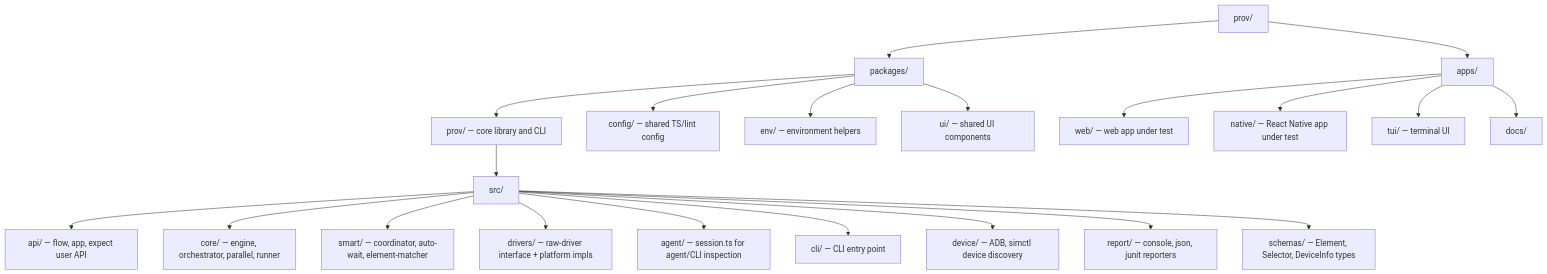
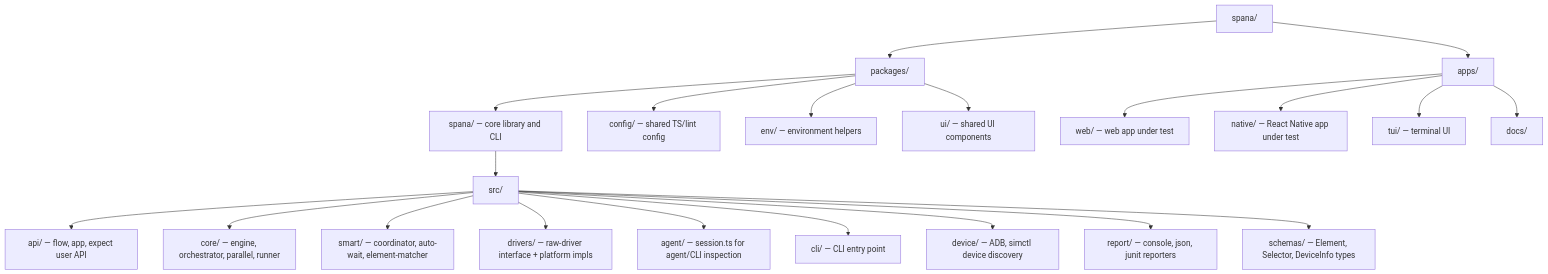
One commit to wezter96/prov changed the sixth of 6 diagrams in apps/docs/src/content/docs/architecture/overview.md. Above: the diagram before and after it, drawn with Mermaid. The commit also changed other lines of this file and 147 other files, not shown here.

First line of the commit message:
rename project from prov to spana

````diff
--- a/apps/docs/src/content/docs/architecture/overview.md
+++ b/apps/docs/src/content/docs/architecture/overview.md
@@ -161,28 +161,28 @@
 ```mermaid
 graph TD
-    Root[prov/]
+    Root[spana/]
 
     Root --> Packages[packages/]
     Root --> Apps[apps/]
 
-    Packages --> PProvPkg[prov/ — core library and CLI]
+    Packages --> PProvPkg[spana/ — core library and CLI]
     Packages --> Config[config/ — shared TS/lint config]
     Packages --> Env[env/ — environment helpers]
     Packages --> UI[ui/ — shared UI components]
 
     Apps --> Web[web/ — web app under test]
     Apps --> Native[native/ — React Native app under test]
     Apps --> TUI[tui/ — terminal UI]
     Apps --> Docs[docs/]
 
     PProvPkg --> Src[src/]
     Src --> API[api/ — flow, app, expect user API]
     Src --> Core[core/ — engine, orchestrator, parallel, runner]
     Src --> Smart[smart/ — coordinator, auto-wait, element-matcher]
     Src --> Drivers[drivers/ — raw-driver interface + platform impls]
     Src --> Agent[agent/ — session.ts for agent/CLI inspection]
     Src --> CLI2[cli/ — CLI entry point]
     Src --> Device[device/ — ADB, simctl device discovery]
     Src --> Report[report/ — console, json, junit reporters]
     Src --> Schemas[schemas/ — Element, Selector, DeviceInfo types]
 ```
````
